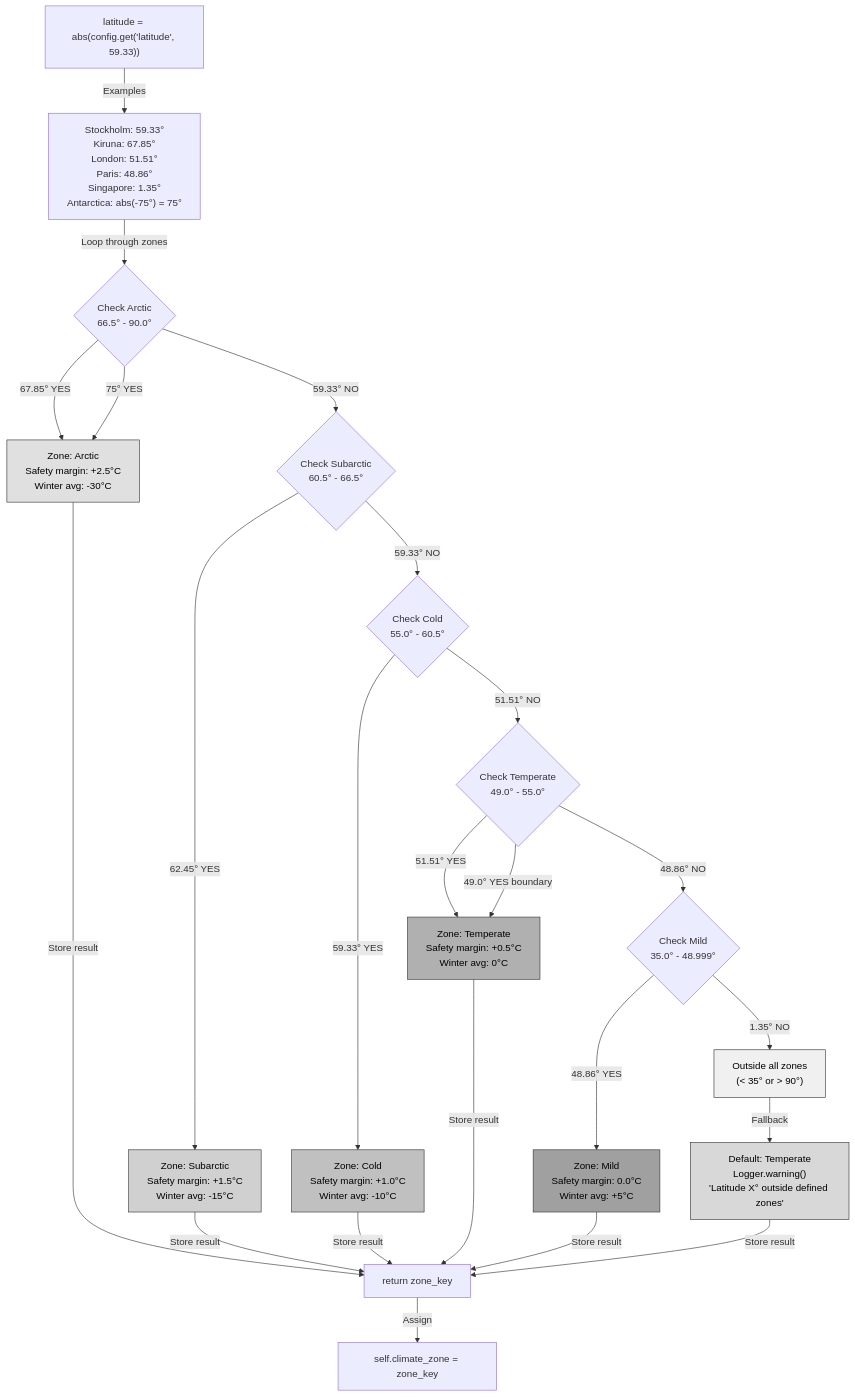
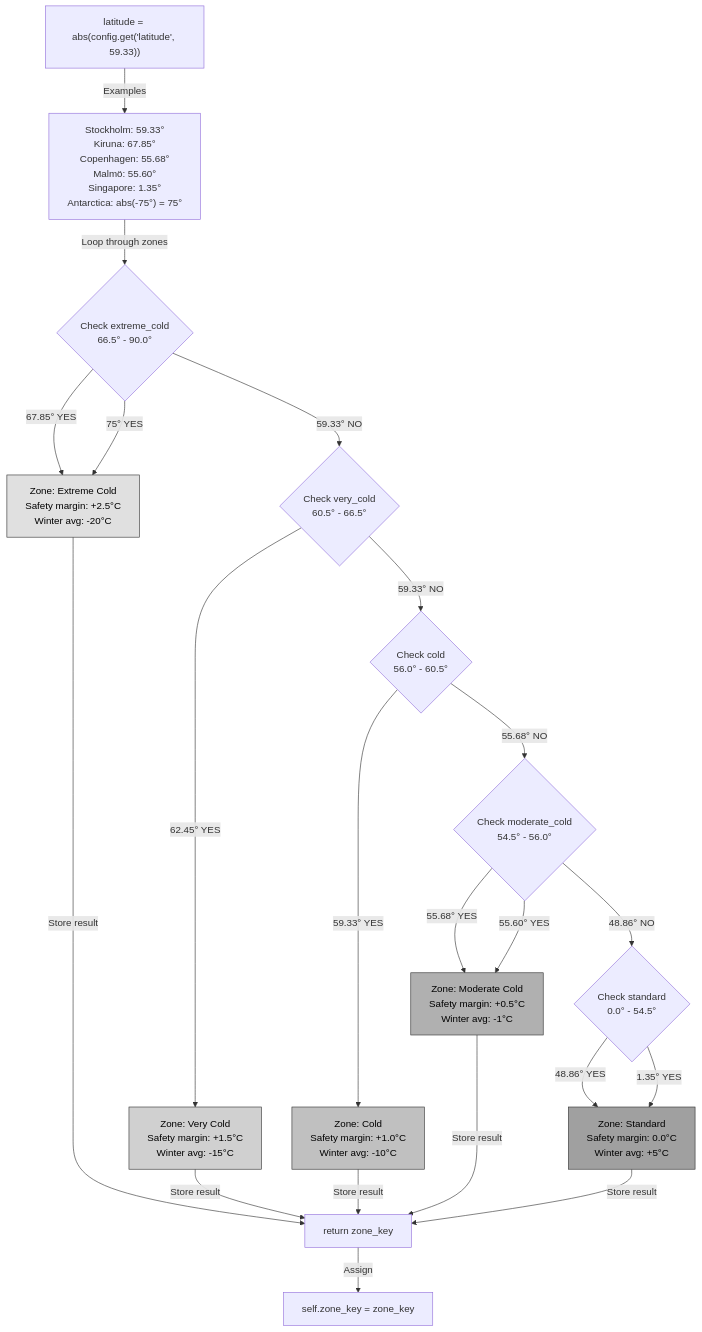
Before and after one commit to enoch85/EffektGuard: the second of 5 diagrams in docs/architecture/10_adaptive_climate_zones.md, drawn with Mermaid. The commit also changed other lines of this file and 6 other files, not shown here.

First line of the commit message:
Refine climate zone definitions and thresholds in documentation

````diff
--- a/docs/architecture/10_adaptive_climate_zones.md
+++ b/docs/architecture/10_adaptive_climate_zones.md
@@ -64,37 +64,33 @@
 ```mermaid
 flowchart TD
-    A["latitude = abs(config.get('latitude', 59.33))"] -->|Examples| B["Stockholm: 59.33°<br/>Kiruna: 67.85°<br/>London: 51.51°<br/>Paris: 48.86°<br/>Singapore: 1.35°<br/>Antarctica: abs(-75°) = 75°"]
+    A["latitude = abs(config.get('latitude', 59.33))"] -->|Examples| B["Stockholm: 59.33°<br/>Kiruna: 67.85°<br/>Copenhagen: 55.68°<br/>Malmö: 55.60°<br/>Singapore: 1.35°<br/>Antarctica: abs(-75°) = 75°"]
     
-    B -->|Loop through zones| C{Check Arctic<br/>66.5° - 90.0°}
+    B -->|Loop through zones| C{Check extreme_cold<br/>66.5° - 90.0°}
     
-    C -->|67.85° YES| D1["Zone: Arctic<br/>Safety margin: +2.5°C<br/>Winter avg: -30°C"]
+    C -->|67.85° YES| D1["Zone: Extreme Cold<br/>Safety margin: +2.5°C<br/>Winter avg: -20°C"]
     C -->|75° YES| D1
-    C -->|59.33° NO| E{Check Subarctic<br/>60.5° - 66.5°}
+    C -->|59.33° NO| E{Check very_cold<br/>60.5° - 66.5°}
     
-    E -->|62.45° YES| D2["Zone: Subarctic<br/>Safety margin: +1.5°C<br/>Winter avg: -15°C"]
-    E -->|59.33° NO| F{Check Cold<br/>55.0° - 60.5°}
+    E -->|62.45° YES| D2["Zone: Very Cold<br/>Safety margin: +1.5°C<br/>Winter avg: -15°C"]
+    E -->|59.33° NO| F{Check cold<br/>56.0° - 60.5°}
     
     F -->|59.33° YES| D3["Zone: Cold<br/>Safety margin: +1.0°C<br/>Winter avg: -10°C"]
-    F -->|51.51° NO| G{Check Temperate<br/>49.0° - 55.0°}
+    F -->|55.68° NO| G{Check moderate_cold<br/>54.5° - 56.0°}
     
-    G -->|51.51° YES| D4["Zone: Temperate<br/>Safety margin: +0.5°C<br/>Winter avg: 0°C"]
-    G -->|49.0° YES boundary| D4
-    G -->|48.86° NO| H{Check Mild<br/>35.0° - 48.999°}
+    G -->|55.68° YES| D4["Zone: Moderate Cold<br/>Safety margin: +0.5°C<br/>Winter avg: -1°C"]
+    G -->|55.60° YES| D4
+    G -->|48.86° NO| H{Check standard<br/>0.0° - 54.5°}
     
-    H -->|48.86° YES| D5["Zone: Mild<br/>Safety margin: 0.0°C<br/>Winter avg: +5°C"]
-    H -->|1.35° NO| I["Outside all zones<br/>(< 35° or > 90°)"]
+    H -->|48.86° YES| D5["Zone: Standard<br/>Safety margin: 0.0°C<br/>Winter avg: +5°C"]
+    H -->|1.35° YES| D5
     
-    I -->|Fallback| J["Default: Temperate<br/>Logger.warning()<br/>'Latitude X° outside defined zones'"]
+    D1 & D2 & D3 & D4 & D5 -->|Store result| K["return zone_key"]
     
-    D1 & D2 & D3 & D4 & D5 & J -->|Store result| K["return zone_key"]
-    
-    K -->|Assign| L["self.climate_zone = zone_key"]
+    K -->|Assign| L["self.zone_key = zone_key"]
     
     style D1 fill:#e0e0e0,stroke:#333,color:#000
     style D2 fill:#d0d0d0,stroke:#333,color:#000
     style D3 fill:#c0c0c0,stroke:#333,color:#000
     style D4 fill:#b0b0b0,stroke:#333,color:#000
     style D5 fill:#a0a0a0,stroke:#333,color:#000
-    style I fill:#f0f0f0,stroke:#333,color:#000
-    style J fill:#d8d8d8,stroke:#333,color:#000
 ```
````
